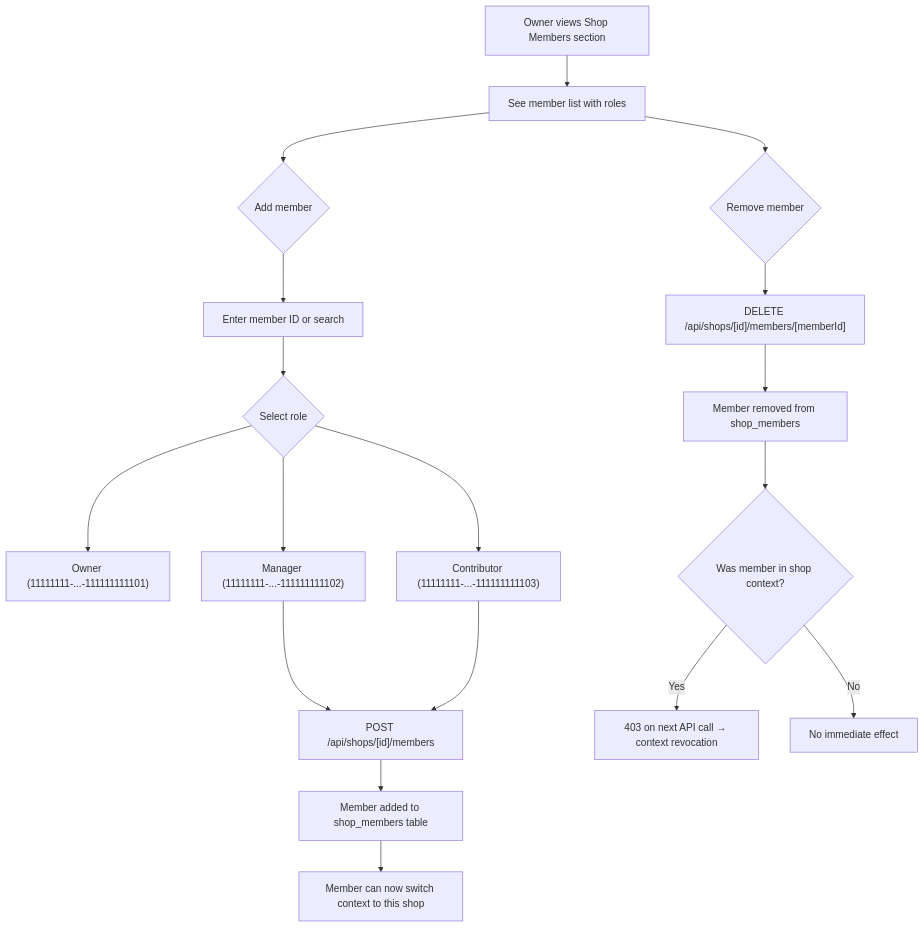
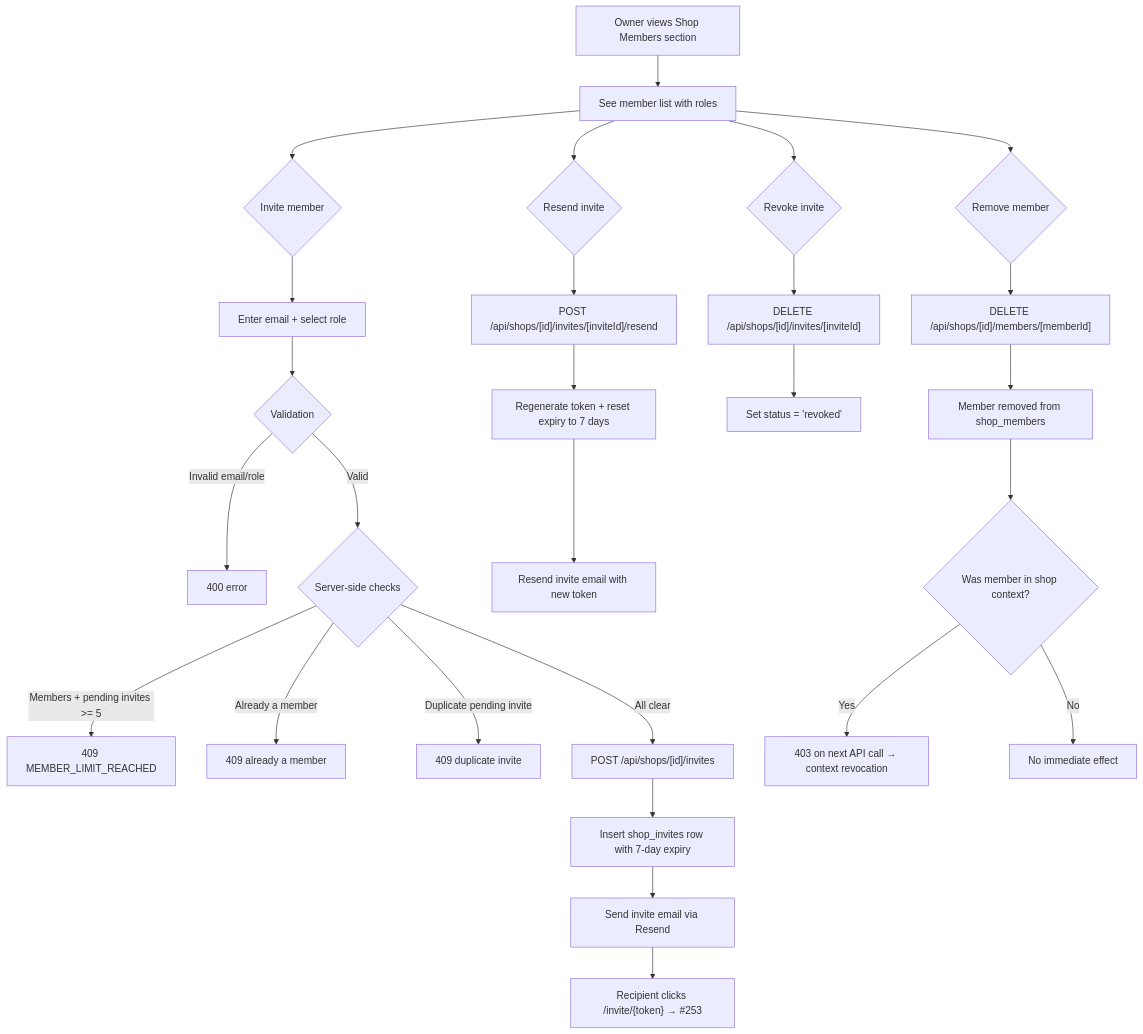
The third of 4 diagrams in docs/diagrams/journeys/shop-owner.md (Nessi-Fishing-Supply/nessi-web-app), drawn with Mermaid before and after one commit. The commit also changed 2 other files, not shown here.

Commit message:
docs(shops): #252 update shops CLAUDE.md and journey diagrams for invites
- Add invite types, services, hooks, and API docs to shops CLAUDE.md
- Update shop-owner journey diagram with invite flow (create, resend, revoke)

````diff
--- a/docs/diagrams/journeys/shop-owner.md
+++ b/docs/diagrams/journeys/shop-owner.md
@@ -79,22 +79,33 @@
 ```mermaid
 flowchart TD
     A[Owner views Shop Members section] --> B[See member list with roles]
 
-    B --> C{Add member}
-    C --> D["Enter member ID or search"]
-    D --> E{Select role}
-    E --> F["Owner (11111111-...-111111111101)"]
-    E --> G["Manager (11111111-...-111111111102)"]
-    E --> H["Contributor (11111111-...-111111111103)"]
-    G --> I["POST /api/shops/[id]/members"]
-    H --> I
-    I --> J[Member added to shop_members table]
-    J --> K[Member can now switch context to this shop]
+    B --> C{Invite member}
+    C --> D[Enter email + select role]
+    D --> E{Validation}
+    E -->|Invalid email/role| F[400 error]
+    E -->|Valid| G{Server-side checks}
+    G -->|"Members + pending invites >= 5"| H["409 MEMBER_LIMIT_REACHED"]
+    G -->|Already a member| I[409 already a member]
+    G -->|Duplicate pending invite| J[409 duplicate invite]
+    G -->|All clear| K["POST /api/shops/[id]/invites"]
+    K --> L[Insert shop_invites row with 7-day expiry]
+    L --> M[Send invite email via Resend]
+    M --> N["Recipient clicks /invite/{token} → #253"]
 
-    B --> L{Remove member}
-    L --> M["DELETE /api/shops/[id]/members/[memberId]"]
-    M --> N[Member removed from shop_members]
-    N --> O{Was member in shop context?}
-    O -->|Yes| P["403 on next API call → context revocation"]
-    O -->|No| Q[No immediate effect]
+    B --> O{Resend invite}
+    O --> P["POST /api/shops/[id]/invites/[inviteId]/resend"]
+    P --> Q[Regenerate token + reset expiry to 7 days]
+    Q --> R[Resend invite email with new token]
+
+    B --> S{Revoke invite}
+    S --> T["DELETE /api/shops/[id]/invites/[inviteId]"]
+    T --> U["Set status = 'revoked'"]
+
+    B --> V{Remove member}
+    V --> W["DELETE /api/shops/[id]/members/[memberId]"]
+    W --> X[Member removed from shop_members]
+    X --> Y{Was member in shop context?}
+    Y -->|Yes| Z["403 on next API call → context revocation"]
+    Y -->|No| AA[No immediate effect]
 ```
````
